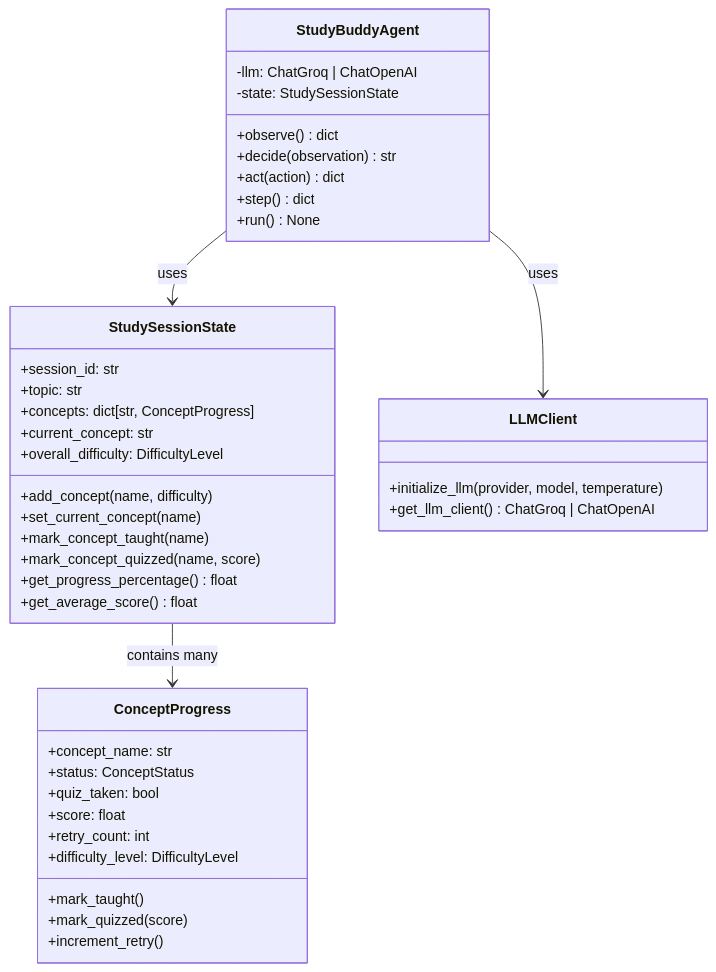
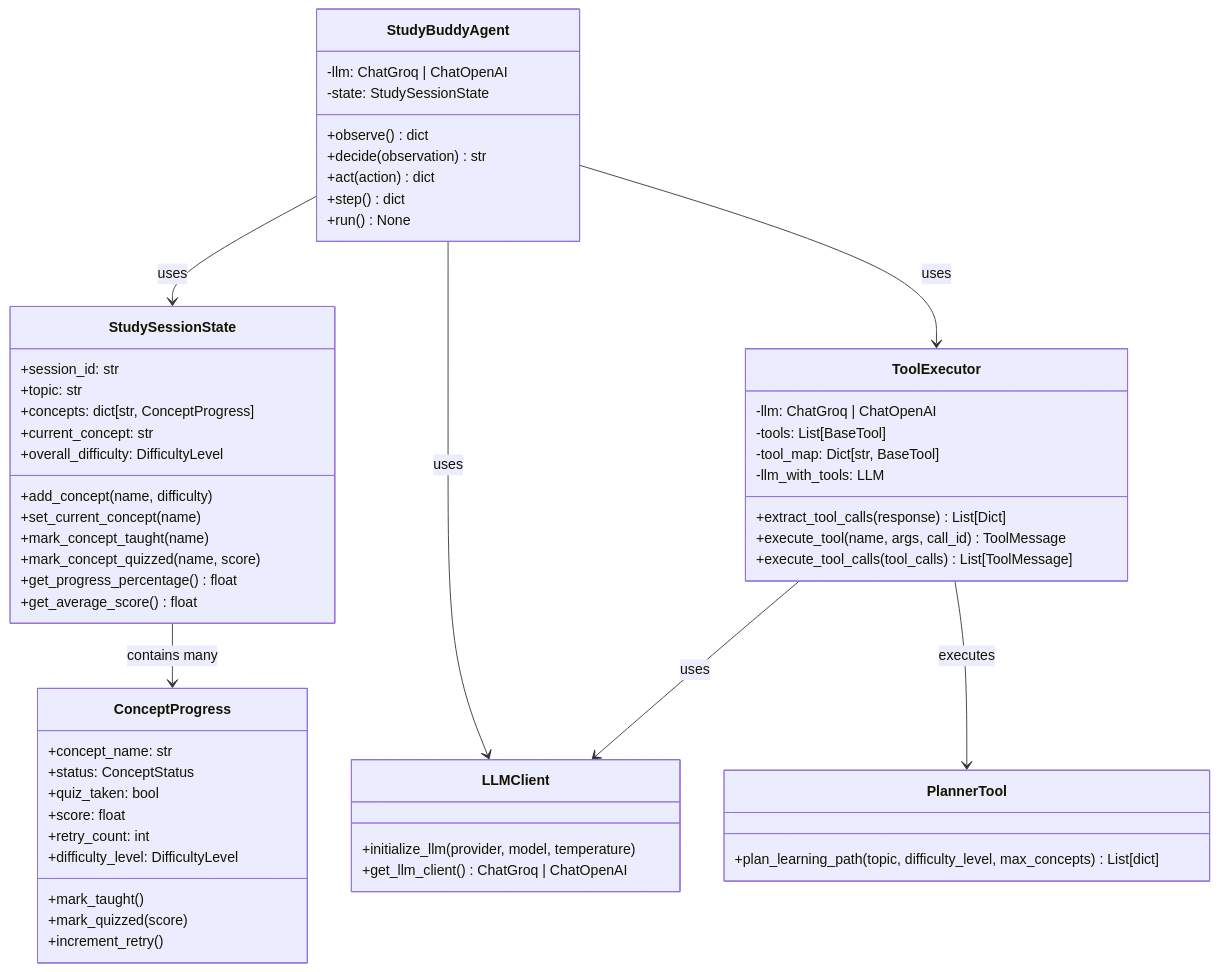
One commit to ebinzacharias/ez-agentic-study-buddy changed the second of 5 diagrams in ARCHITECTURE.md. Above: the diagram before and after it, drawn with Mermaid. The commit also changed other lines of this file, not shown here.

Commit message:
updated architecture

````diff
--- a/ARCHITECTURE.md
+++ b/ARCHITECTURE.md
@@ -27,47 +34,64 @@
 ```mermaid
 classDiagram
     class StudyBuddyAgent {
         -llm: ChatGroq | ChatOpenAI
         -state: StudySessionState
         +observe() dict
         +decide(observation) str
         +act(action) dict
         +step() dict
         +run() None
     }
     
     class StudySessionState {
         +session_id: str
         +topic: str
         +concepts: dict[str, ConceptProgress]
         +current_concept: str
         +overall_difficulty: DifficultyLevel
         +add_concept(name, difficulty)
         +set_current_concept(name)
         +mark_concept_taught(name)
         +mark_concept_quizzed(name, score)
         +get_progress_percentage() float
         +get_average_score() float
     }
     
     class ConceptProgress {
         +concept_name: str
         +status: ConceptStatus
         +quiz_taken: bool
         +score: float
         +retry_count: int
         +difficulty_level: DifficultyLevel
         +mark_taught()
         +mark_quizzed(score)
         +increment_retry()
     }
     
     class LLMClient {
         +initialize_llm(provider, model, temperature)
         +get_llm_client() ChatGroq | ChatOpenAI
     }
     
+    class ToolExecutor {
+        -llm: ChatGroq | ChatOpenAI
+        -tools: List[BaseTool]
+        -tool_map: Dict[str, BaseTool]
+        -llm_with_tools: LLM
+        +extract_tool_calls(response) List[Dict]
+        +execute_tool(name, args, call_id) ToolMessage
+        +execute_tool_calls(tool_calls) List[ToolMessage]
+    }
+    
+    class PlannerTool {
+        +plan_learning_path(topic, difficulty_level, max_concepts) List[dict]
+    }
+    
     StudyBuddyAgent --> StudySessionState : uses
+    StudyBuddyAgent --> ToolExecutor : uses
     StudyBuddyAgent --> LLMClient : uses
+    ToolExecutor --> LLMClient : uses
+    ToolExecutor --> PlannerTool : executes
     StudySessionState --> ConceptProgress : contains many
 ```
````
